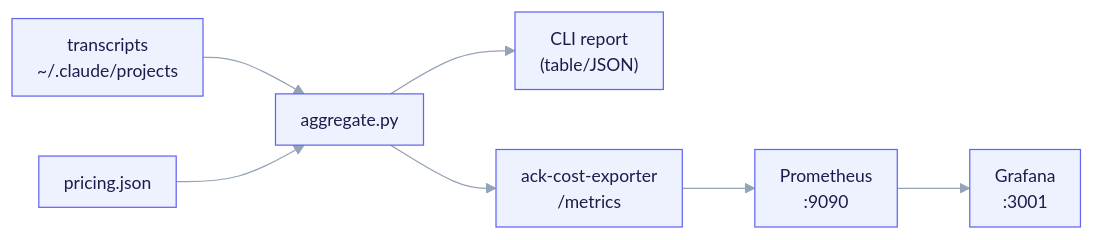
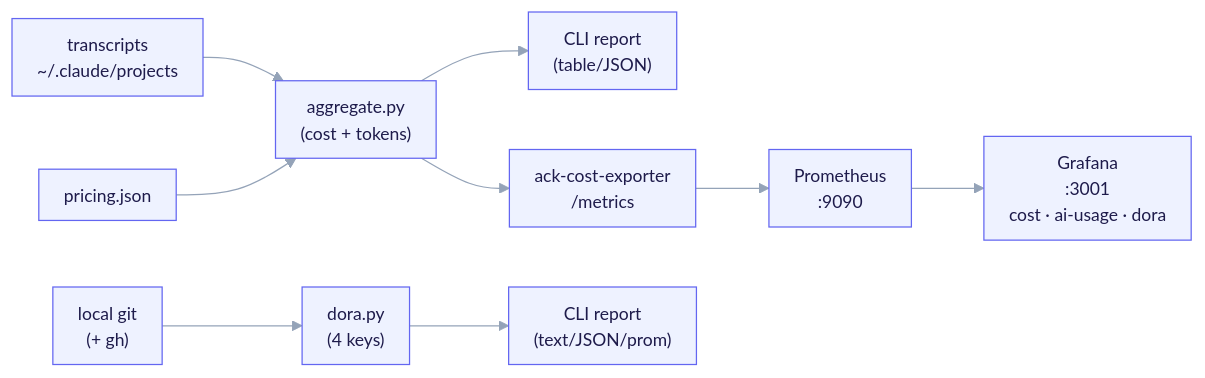
One commit to arthurghz/ai-core-kit changed the diagram in site/pages/en/reference/observability.mdx. Above: the diagram before and after it, drawn with Mermaid. The commit also changed other lines of this file and 16 other files, not shown here.

First line of the commit message:
feat(telemetry): AI/token-usage monitoring + DORA delivery metrics + observability docs

````diff
--- a/site/pages/en/reference/observability.mdx
+++ b/site/pages/en/reference/observability.mdx
@@ -19,10 +27,12 @@
 ```mermaid
 %%{init: {"theme":"base","themeVariables":{"primaryColor":"#eef2ff","primaryBorderColor":"#6366f1","primaryTextColor":"#1e1b4b","secondaryColor":"#ecfeff","tertiaryColor":"#faf5ff","lineColor":"#94a3b8","fontSize":"14px"},"flowchart":{"htmlLabels":true,"curve":"basis","nodeSpacing":48,"rankSpacing":58,"padding":10},"fontFamily":"ui-sans-serif, system-ui, -apple-system, Segoe UI, Roboto, sans-serif"}}%%
 flowchart LR
-  TR["transcripts<br/>~/.claude/projects"] --> AGG["aggregate.py"]
+  TR["transcripts<br/>~/.claude/projects"] --> AGG["aggregate.py<br/>(cost + tokens)"]
   PR["pricing.json"] --> AGG
+  GIT["local git<br/>(+ gh)"] --> DORA["dora.py<br/>(4 keys)"]
   AGG --> CLI["CLI report<br/>(table/JSON)"]
   AGG --> EXP["ack-cost-exporter<br/>/metrics"]
+  DORA --> CLI2["CLI report<br/>(text/JSON/prom)"]
   EXP --> PROM["Prometheus<br/>:9090"]
-  PROM --> GRAF["Grafana<br/>:3001"]
+  PROM --> GRAF["Grafana<br/>:3001<br/>cost · ai-usage · dora"]
 ```
````
